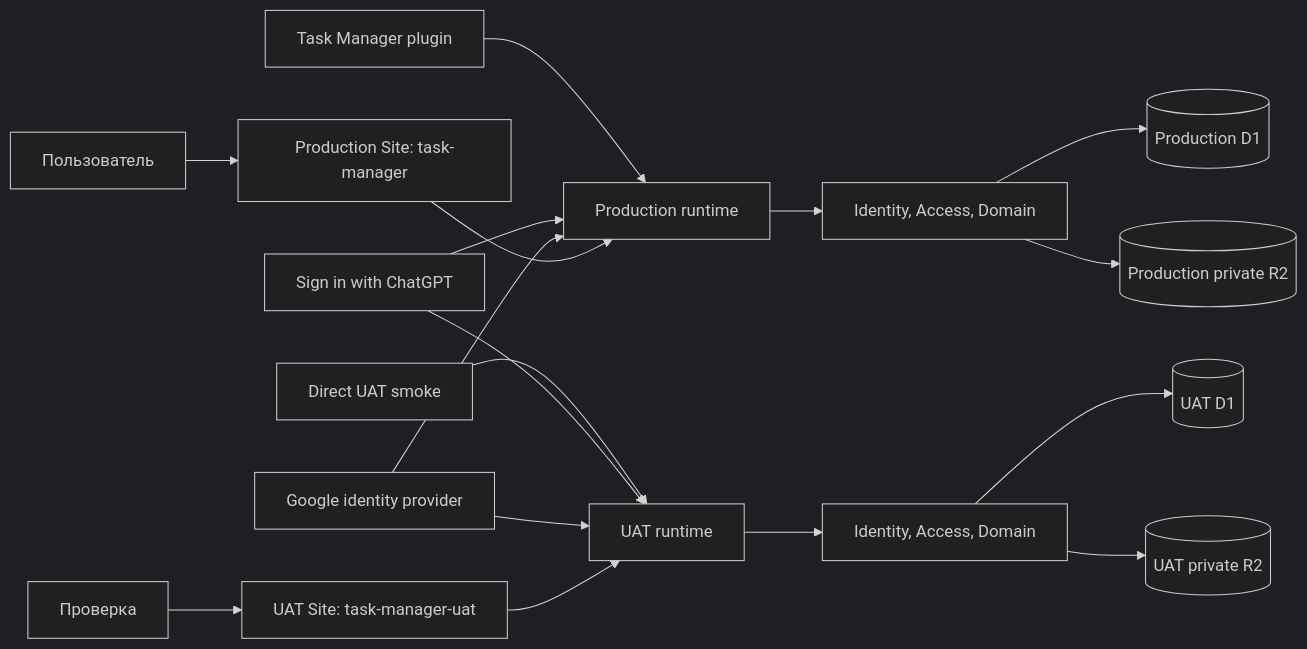
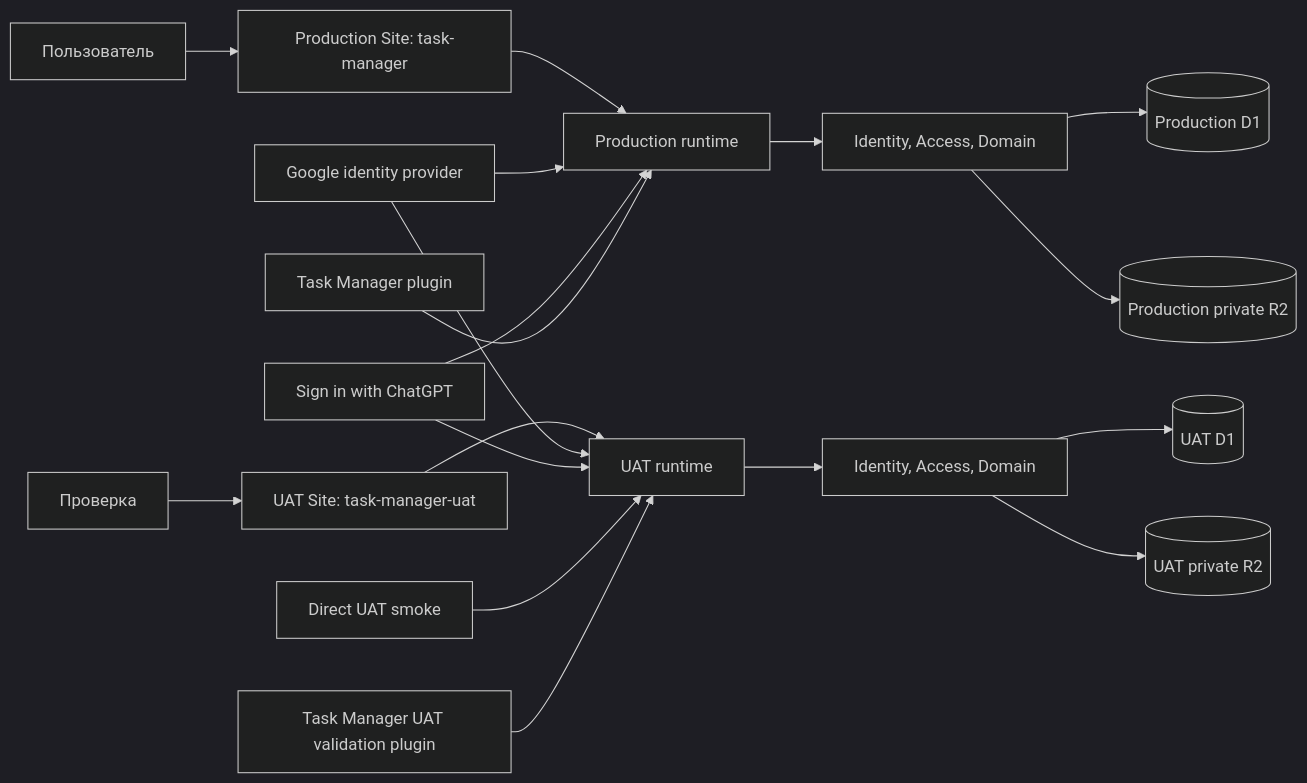
The diagram in docs/architecture.md (xxsrez/TaskManager), drawn with Mermaid (dark theme) before and after one commit. The commit also changed other lines of this file and 3 other files, not shown here.

````diff
--- a/docs/architecture.md
+++ b/docs/architecture.md
@@ -31,19 +31,20 @@
 ```mermaid
 flowchart LR
     U[Пользователь] --> PROD[Production Site: task-manager]
     QA[Проверка] --> UAT[UAT Site: task-manager-uat]
     PLUGIN[Task Manager plugin] --> PRT[Production runtime]
+    UPLUGIN[Task Manager UAT validation plugin] --> URT
     API[Direct UAT smoke] --> URT[UAT runtime]
     CG[Sign in with ChatGPT] --> PRT
     CG --> URT
     G[Google identity provider] --> PRT
     G --> URT
     PROD --> PRT
     UAT --> URT
     PRT --> PIA[Identity, Access, Domain]
     URT --> UIA[Identity, Access, Domain]
     PIA --> PDB[(Production D1)]
     UIA --> UDB[(UAT D1)]
     PIA --> PR2[(Production private R2)]
     UIA --> UR2[(UAT private R2)]
 ```
````
